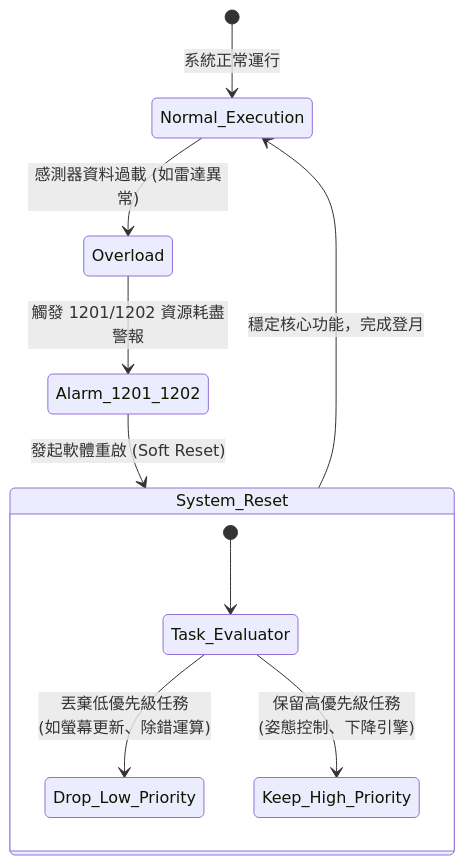
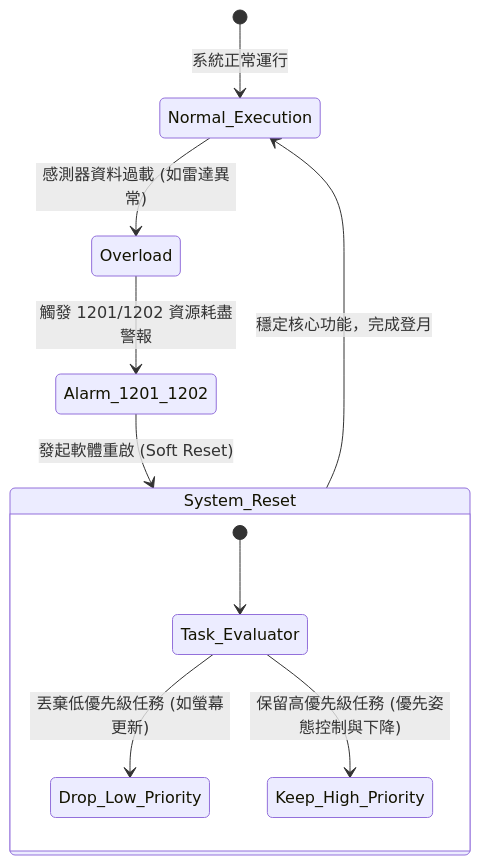
One commit to LinkGitData/hugo changed the third of 3 diagrams in link-blog/content/posts/apollo-11-agc-code-decoded.md. Above: the diagram before and after it, drawn with Mermaid. The commit also changed other lines of this file, not shown here.

Commit message:
fix(blog): resolve mermaid diagram rendering issues

```diff
--- a/link-blog/content/posts/apollo-11-agc-code-decoded.md
+++ b/link-blog/content/posts/apollo-11-agc-code-decoded.md
@@ -87,15 +87,15 @@
 {{< mermaid >}}
 stateDiagram-v2
     [*] --> Normal_Execution: 系統正常運行
     Normal_Execution --> Overload: 感測器資料過載 (如雷達異常)
     Overload --> Alarm_1201_1202: 觸發 1201/1202 資源耗盡警報
     Alarm_1201_1202 --> System_Reset: 發起軟體重啟 (Soft Reset)
     
     state System_Reset {
         [*] --> Task_Evaluator
-        Task_Evaluator --> Drop_Low_Priority: 丟棄低優先級任務 <br>(如螢幕更新、除錯運算)
-        Task_Evaluator --> Keep_High_Priority: 保留高優先級任務 <br>(姿態控制、下降引擎)
+        Task_Evaluator --> Drop_Low_Priority: 丟棄低優先級任務 (如螢幕更新)
+        Task_Evaluator --> Keep_High_Priority: 保留高優先級任務 (優先姿態控制與下降)
     }
     
     System_Reset --> Normal_Execution: 穩定核心功能，完成登月
 {{< /mermaid >}}
```
